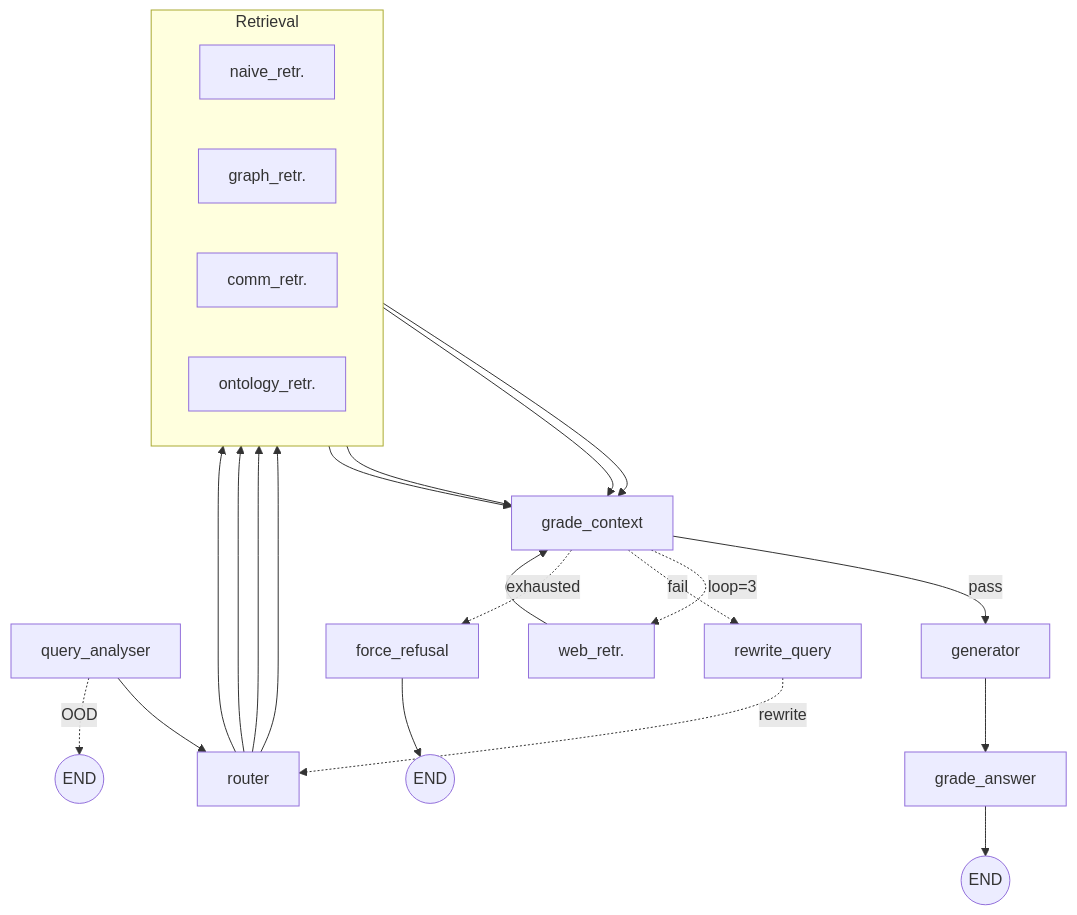
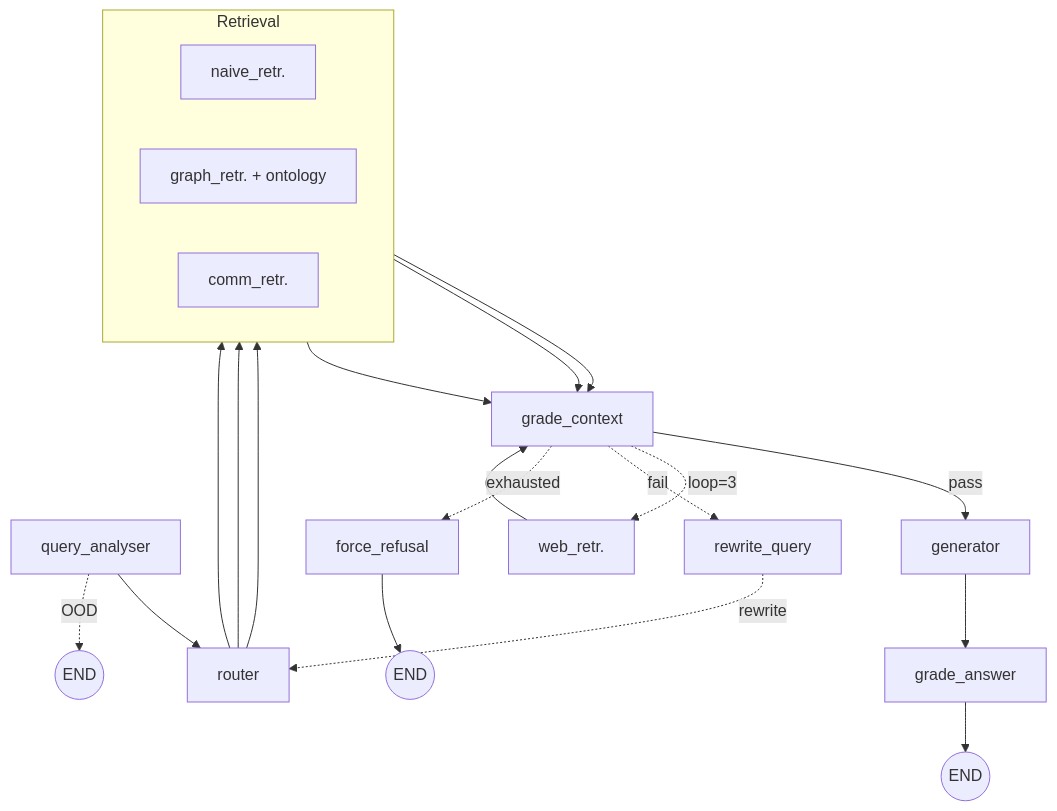
One commit to VinaySampath14/agentic-graph-rag changed the diagram in README.md. Above: the diagram before and after it, drawn with Mermaid. The commit also changed other lines of this file and 1 other file, not shown here.

Commit message:
docs: consolidate ontology into graph retrieval mode across app and README

````diff
--- a/README.md
+++ b/README.md
@@ -70,52 +70,49 @@
 ```mermaid
 flowchart TD
 
     QA["query_analyser"]
     RT["router"]
 
     subgraph Retrieval
         direction LR
         NR["naive_retr."]
-        GR["graph_retr."]
+        GR["graph_retr. + ontology"]
         CR["comm_retr."]
-        OR["ontology_retr."]
     end
 
     GC["grade_context"]
     RW["rewrite_query"]
     WEB["web_retr."]
     GEN["generator"]
     FR["force_refusal"]
     GA["grade_answer"]
 
     END1((END))
     END2((END))
     END3((END))
 
     QA --> RT
 
     RT --> NR
     RT --> GR
     RT --> CR
-    RT --> OR
 
     NR --> GC
     GR --> GC
     CR --> GC
-    OR --> GC
 
     GC -->|pass| GEN
     GEN --> GA
     GA --> END1
 
     GC -.->|loop=3| WEB
     WEB --> GC
 
     GC -.->|fail| RW
     RW -.->|rewrite| RT
 
     GC -.->|exhausted| FR
     FR --> END2
 
     QA -.->|OOD| END3
 ```
````
